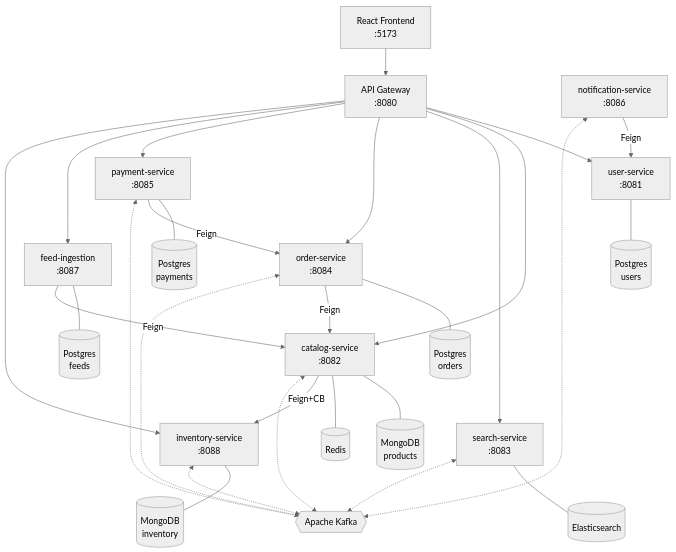
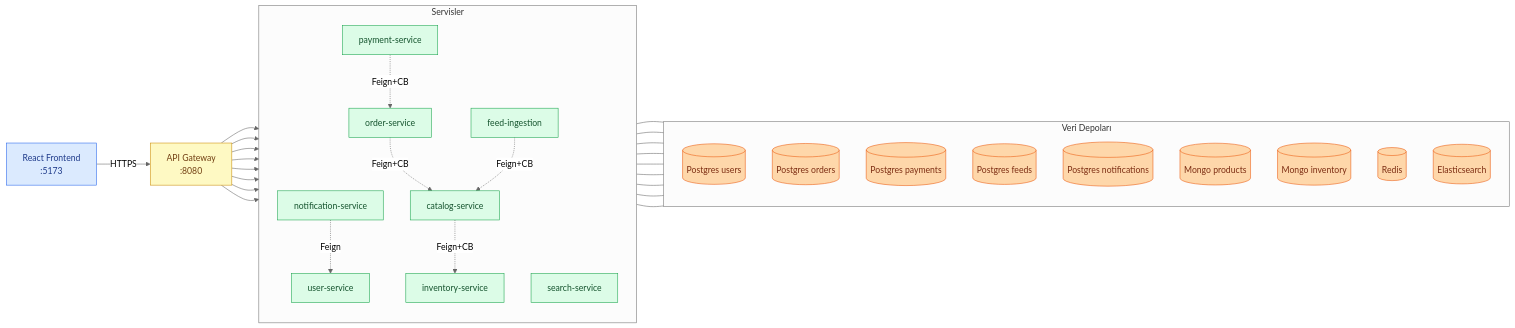
The first of 6 diagrams in README.md (yigitdemirko/marketplace), drawn with Mermaid (neutral theme) before and after one commit. The commit also changed other lines of this file and 13 other files, not shown here.

````diff
--- a/README.md
+++ b/README.md
@@ -21,55 +59,58 @@
 ```mermaid
-graph TB
+graph LR
     FE[React Frontend<br/>:5173]
     GW[API Gateway<br/>:8080]
 
-    US[user-service<br/>:8081]
-    CS[catalog-service<br/>:8082]
-    SS[search-service<br/>:8083]
-    OS[order-service<br/>:8084]
-    PM[payment-service<br/>:8085]
-    NS[notification-service<br/>:8086]
-    FI[feed-ingestion<br/>:8087]
-    IV[inventory-service<br/>:8088]
+    subgraph services [Servisler]
+        direction TB
+        US[user-service]
+        CS[catalog-service]
+        SS[search-service]
+        OS[order-service]
+        PM[payment-service]
+        NS[notification-service]
+        FI[feed-ingestion]
+        IV[inventory-service]
+    end
 
-    PGU[("Postgres<br/>users")]
-    PGO[("Postgres<br/>orders")]
-    PGP[("Postgres<br/>payments")]
-    PGF[("Postgres<br/>feeds")]
-    MGC[("MongoDB<br/>products")]
-    MGI[("MongoDB<br/>inventory")]
-    ES[("Elasticsearch")]
-    RD[("Redis")]
-    K{{"Apache Kafka"}}
+    subgraph datastores [Veri Depoları]
+        direction TB
+        PGU[("Postgres users")]
+        PGO[("Postgres orders")]
+        PGP[("Postgres payments")]
+        PGF[("Postgres feeds")]
+        PGN[("Postgres notifications")]
+        MGC[("Mongo products")]
+        MGI[("Mongo inventory")]
+        RD[("Redis")]
+        ES[("Elasticsearch")]
+    end
 
-    FE --> GW
-    GW --> US
-    GW --> CS
-    GW --> SS
-    GW --> OS
-    GW --> PM
-    GW --> FI
-    GW --> IV
+    FE -->|HTTPS| GW
+    GW --> US & CS & SS & OS & PM & FI & IV & NS
+
+    OS -. Feign+CB .-> CS
+    PM -. Feign+CB .-> OS
+    FI -. Feign+CB .-> CS
+    CS -. Feign+CB .-> IV
+    NS -. Feign .-> US
 
     US --- PGU
     OS --- PGO
     PM --- PGP
     FI --- PGF
+    NS --- PGN
     CS --- MGC
     CS --- RD
     IV --- MGI
     SS --- ES
 
-    OS -- Feign --> CS
-    PM -- Feign --> OS
-    FI -- Feign --> CS
-    CS -- Feign+CB --> IV
-    NS -- Feign --> US
-
-    OS <-.-> K
-    CS <-.-> K
-    IV <-.-> K
-    PM <-.-> K
-    SS <-.-> K
-    NS <-.-> K
+    classDef svc fill:#dcfce7,stroke:#16a34a,color:#14532d
+    classDef gw fill:#fef9c3,stroke:#ca8a04,color:#713f12
+    classDef fe fill:#dbeafe,stroke:#2563eb,color:#1e3a8a
+    classDef ds fill:#fed7aa,stroke:#ea580c,color:#7c2d12
+    class US,CS,SS,OS,PM,NS,FI,IV svc
+    class GW gw
+    class FE fe
+    class PGU,PGO,PGP,PGF,PGN,MGC,MGI,RD,ES ds
 ```
````
